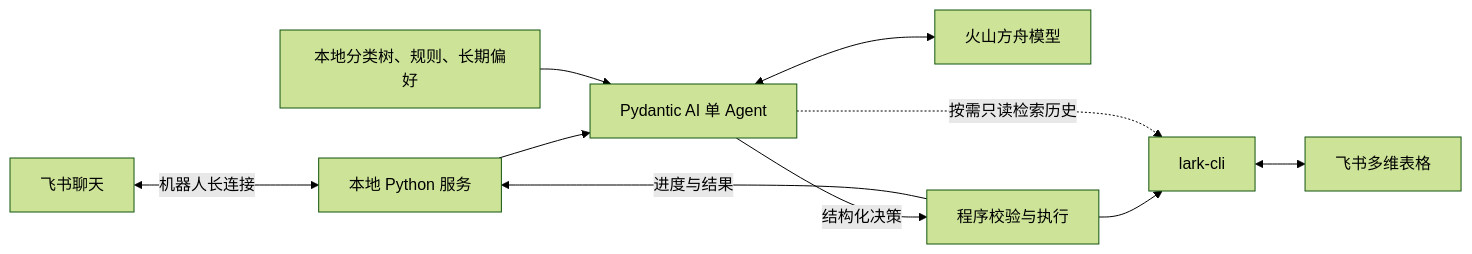
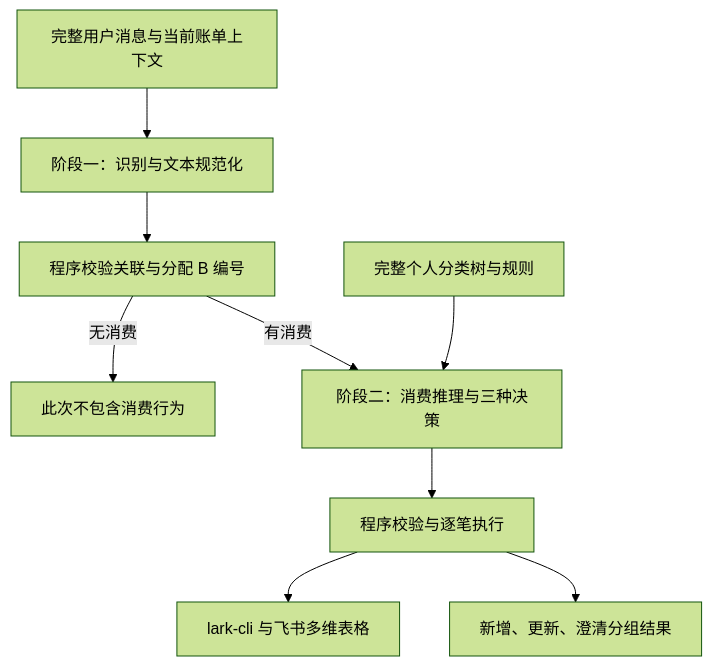
One commit to muieer/feishu-bitable-bookkeeping-agent changed the diagram in README.md. Above: the diagram before and after it, drawn with Mermaid (forest theme). The commit also changed other lines of this file and 42 other files, not shown here.

````diff
--- a/README.md
+++ b/README.md
@@ -32,12 +25,11 @@
 ```mermaid
-flowchart LR
-    U[飞书聊天] <-->|机器人长连接| S[本地 Python 服务]
-    S --> A[Pydantic AI 单 Agent]
-    A <--> L[火山方舟模型]
-    K[本地分类树、规则、长期偏好] --> A
-    A -->|结构化决策| V[程序校验与执行]
-    V --> C[lark-cli]
-    A -.->|按需只读检索历史| C
-    C <--> B[飞书多维表格]
-    V -->|进度与结果| S
+flowchart TD
+    U[完整用户消息与当前账单上下文] --> R[阶段一：识别与文本规范化]
+    R --> V[程序校验关联与分配 B 编号]
+    V -->|无消费| N[此次不包含消费行为]
+    V -->|有消费| D[阶段二：消费推理与三种决策]
+    K[完整个人分类树与规则] --> D
+    D --> E[程序校验与逐笔执行]
+    E --> C[lark-cli 与飞书多维表格]
+    E --> F[新增、更新、澄清分组结果]
 ```
````
